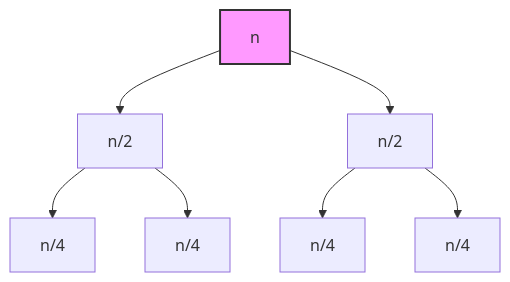
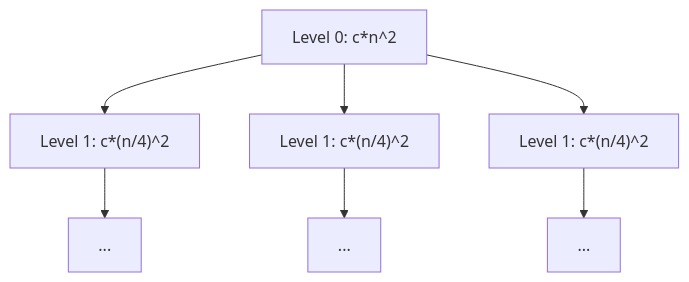
One commit to DeepLumiere/DeepSkills changed the first of 6 diagrams in notes/design_and_analysis_of_algorithms/Unit_03_Recurrence_and_Divide_Conquer.md. Above: the diagram before and after it, drawn with Mermaid. The commit also changed other lines of this file and 2 other files, not shown here.

Commit message:
docs: enhance DAA Unit-III and Unit-V notes with full coverage, diagrams and widgets

````diff
--- a/notes/design_and_analysis_of_algorithms/Unit_03_Recurrence_and_Divide_Conquer.md
+++ b/notes/design_and_analysis_of_algorithms/Unit_03_Recurrence_and_Divide_Conquer.md
@@ -302,10 +297,9 @@
 ```mermaid
-graph TD
-    A[n] --> B["n/2"]
-    A --> C["n/2"]
-    B --> D["n/4"]
-    B --> E["n/4"]
-    C --> F["n/4"]
-    C --> G["n/4"]
-    style A fill:#f9f,stroke:#333,stroke-width:2px
+flowchart TD
+    Root["Level 0: c*n^2"] --> Child1["Level 1: c*(n/4)^2"]
+    Root --> Child2["Level 1: c*(n/4)^2"]
+    Root --> Child3["Level 1: c*(n/4)^2"]
+    Child1 --> L2_1["..."]
+    Child2 --> L2_2["..."]
+    Child3 --> L2_3["..."]
 ```
````
